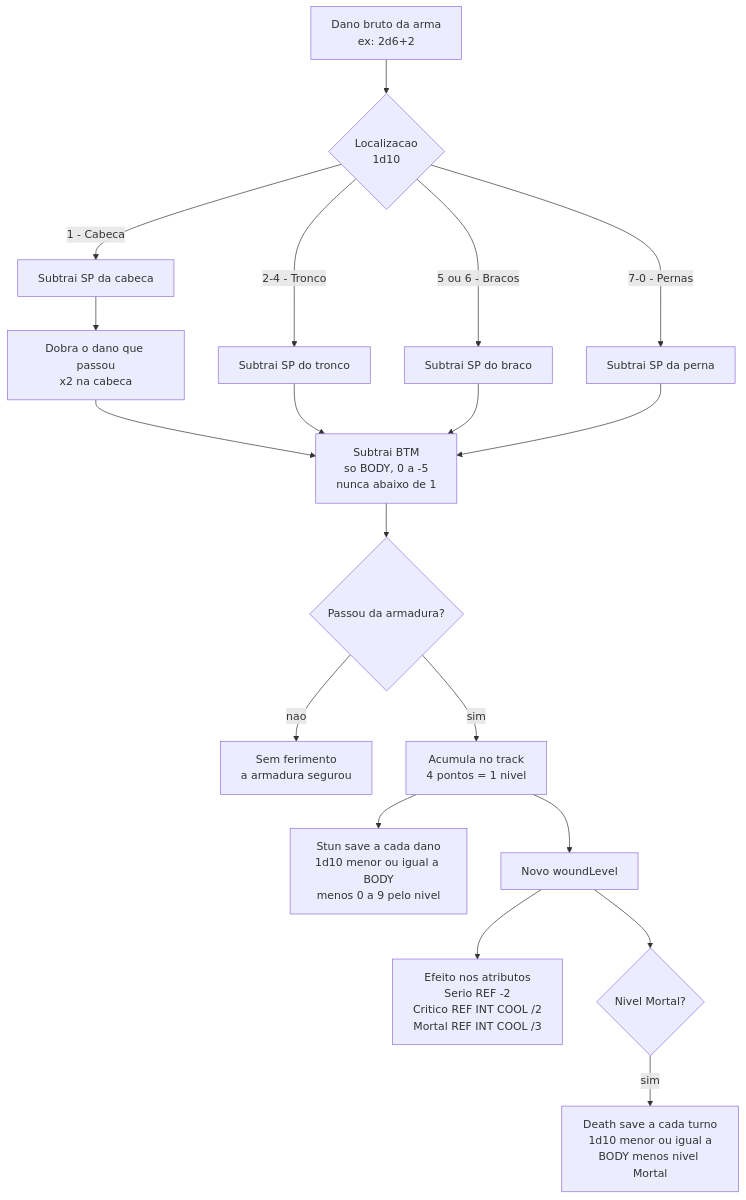
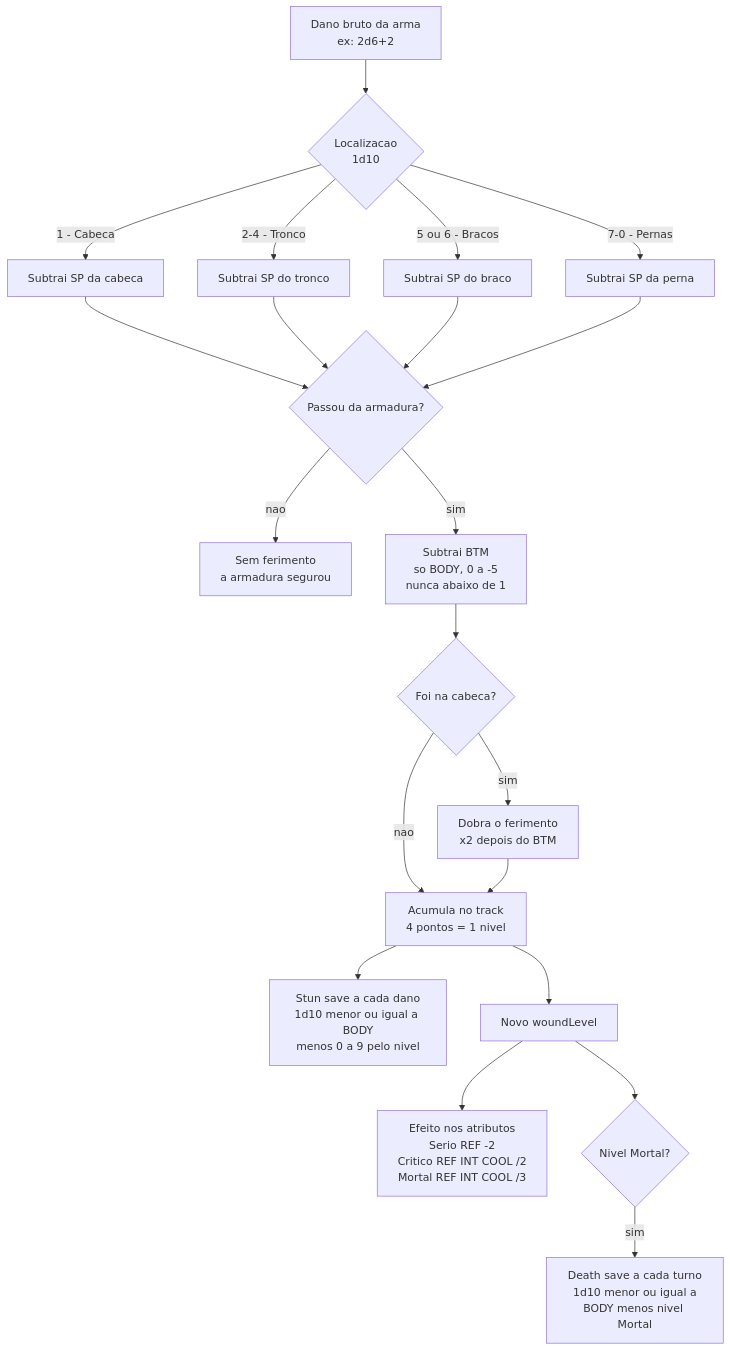
One commit to tavinholoco/NetsheetEngine changed the third of 5 diagrams in docs/ARQUITETURA.md. Above: the diagram before and after it, drawn with Mermaid. The commit also changed other lines of this file and 3 other files, not shown here.

First line of the commit message:
docs: decisão 6 — na cabeça, armadura → BTM → ×2 (opção A)

````diff
--- a/docs/ARQUITETURA.md
+++ b/docs/ARQUITETURA.md
@@ -159,25 +160,27 @@
 ```mermaid
 flowchart TB
     A["Dano bruto da arma<br/>ex: 2d6+2"] --> B{"Localizacao<br/>1d10"}
 
     B -->|"1 - Cabeca"| C["Subtrai SP da cabeca"]
     B -->|"2-4 - Tronco"| D["Subtrai SP do tronco"]
     B -->|"5 ou 6 - Bracos"| E["Subtrai SP do braco"]
     B -->|"7-0 - Pernas"| F["Subtrai SP da perna"]
 
-    C --> G["Dobra o dano que passou<br/>x2 na cabeca"]
-    G --> H["Subtrai BTM<br/>so BODY, 0 a -5<br/>nunca abaixo de 1"]
-    D --> H
-    E --> H
-    F --> H
+    C --> I{"Passou da armadura?"}
+    D --> I
+    E --> I
+    F --> I
 
-    H --> I{"Passou da armadura?"}
     I -->|"nao"| J["Sem ferimento<br/>a armadura segurou"]
-    I -->|"sim"| K["Acumula no track<br/>4 pontos = 1 nivel"]
+    I -->|"sim"| H["Subtrai BTM<br/>so BODY, 0 a -5<br/>nunca abaixo de 1"]
+    H --> Q{"Foi na cabeca?"}
+    Q -->|"sim"| G["Dobra o ferimento<br/>x2 depois do BTM"]
+    Q -->|"nao"| K["Acumula no track<br/>4 pontos = 1 nivel"]
+    G --> K
 
     K --> S["Stun save a cada dano<br/>1d10 menor ou igual a BODY<br/>menos 0 a 9 pelo nivel"]
     K --> L["Novo woundLevel"]
     L --> N["Efeito nos atributos<br/>Serio REF -2<br/>Critico REF INT COOL /2<br/>Mortal REF INT COOL /3"]
     L --> M{"Nivel Mortal?"}
     M -->|"sim"| O["Death save a cada turno<br/>1d10 menor ou igual a<br/>BODY menos nivel Mortal"]
 ```
````
